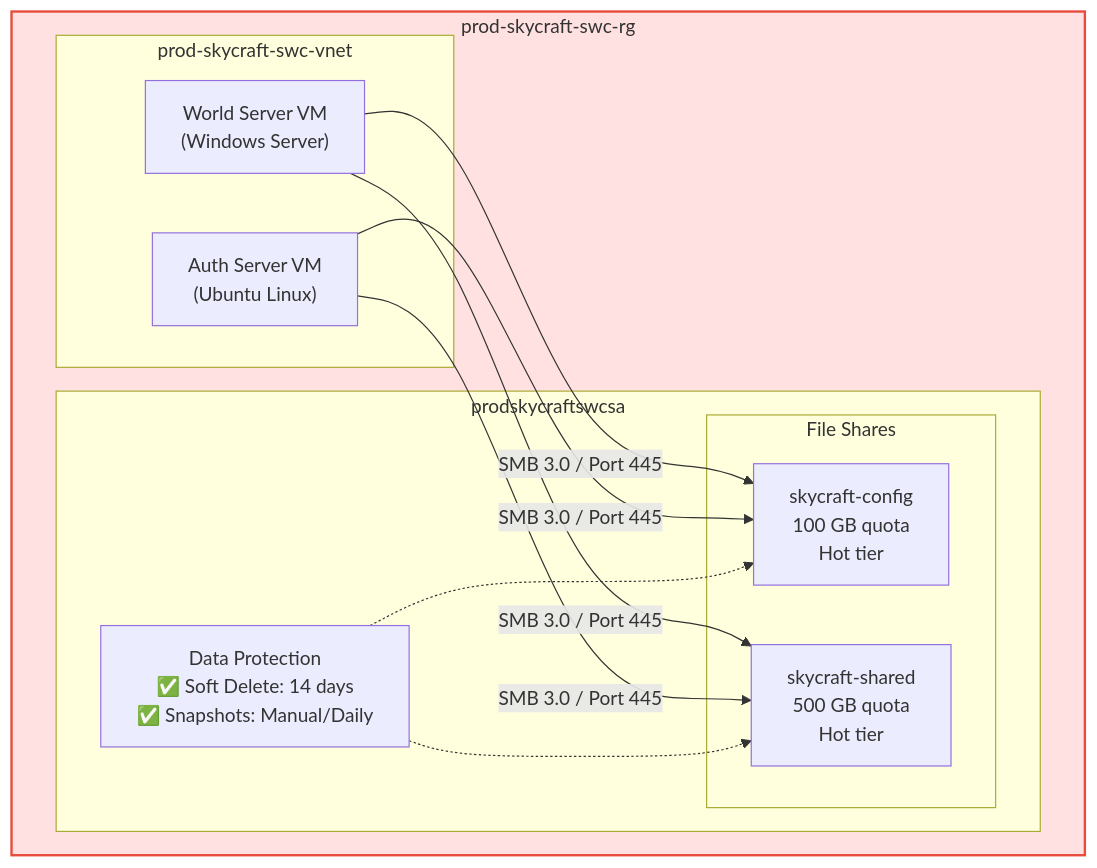
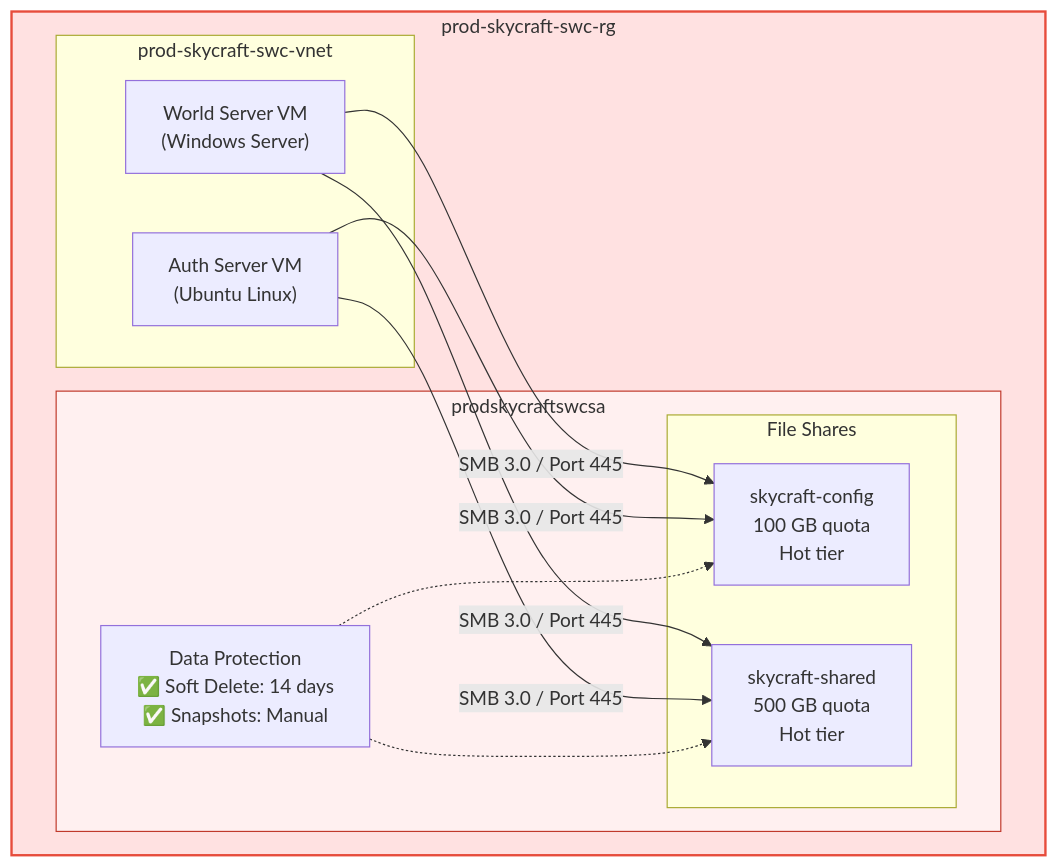
Before and after one commit to mbiszczanik/skycraft: the first of 2 diagrams in module-4-storage/4.3-azure-files/lab-guide-4.3.md, drawn with Mermaid. The commit also changed other lines of this file and 9 other files, not shown here.

````diff
--- a/module-4-storage/4.3-azure-files/lab-guide-4.3.md
+++ b/module-4-storage/4.3-azure-files/lab-guide-4.3.md
@@ -20,28 +20,30 @@
 ```mermaid
 graph TB
     subgraph ProdResources ["prod-skycraft-swc-rg"]
         style ProdResources fill:#ffe1e1,stroke:#e74c3c,stroke-width:2px
 
         subgraph SA ["prodskycraftswcsa"]
+            style SA fill:#fff0f0,stroke:#c0392b,stroke-width:1px
+
             subgraph Shares ["File Shares"]
                 Config["skycraft-config<br/>100 GB quota<br/>Hot tier"]
                 Shared["skycraft-shared<br/>500 GB quota<br/>Hot tier"]
             end
 
-            DataProtection["Data Protection<br/>✅ Soft Delete: 14 days<br/>✅ Snapshots: Manual/Daily"]
+            DataProtection["Data Protection<br/>✅ Soft Delete: 14 days<br/>✅ Snapshots: Manual"]
         end
 
         subgraph VNet ["prod-skycraft-swc-vnet"]
             VM1["World Server VM<br/>(Windows Server)"]
             VM2["Auth Server VM<br/>(Ubuntu Linux)"]
         end
     end
 
     VM1 -->|SMB 3.0 / Port 445| Config
     VM2 -->|SMB 3.0 / Port 445| Config
     VM1 -->|SMB 3.0 / Port 445| Shared
     VM2 -->|SMB 3.0 / Port 445| Shared
 
     DataProtection -.-> Config
     DataProtection -.-> Shared
 ```
````
